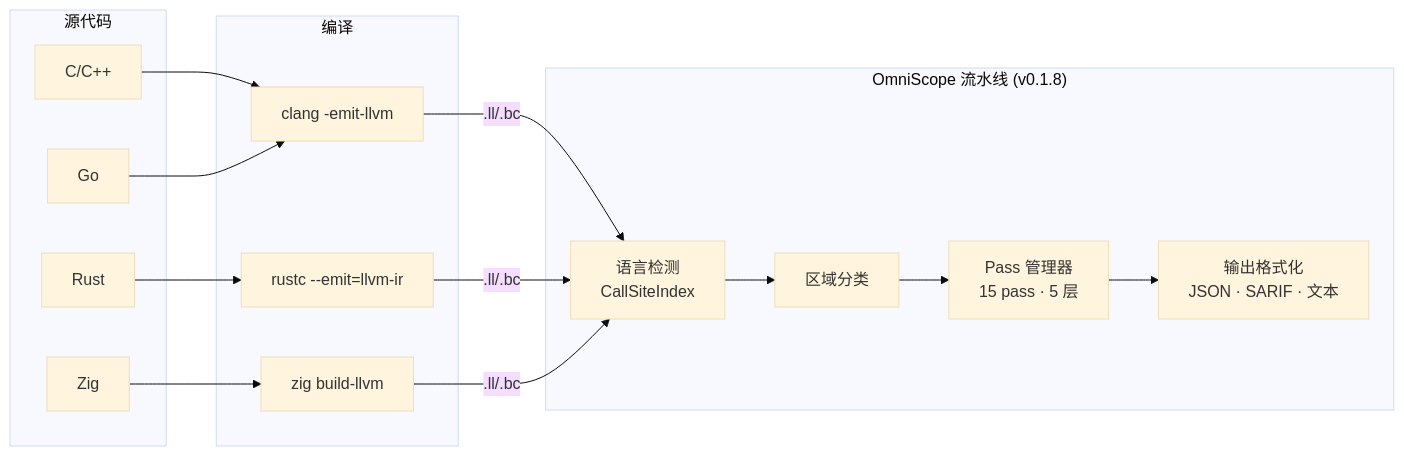
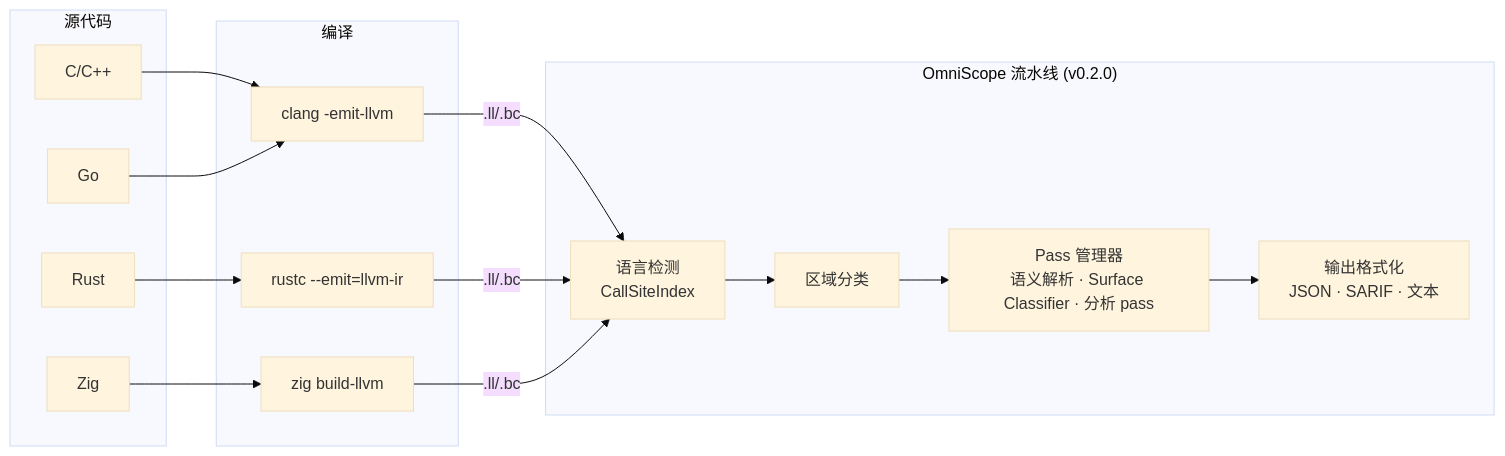
One commit to Timwood0x10/OmniScope changed the second of 3 diagrams in README_zh.md. Above: the diagram before and after it, drawn with Mermaid (base theme). The commit also changed other lines of this file and 18 other files, not shown here.

````diff
--- a/README_zh.md
+++ b/README_zh.md
@@ -146,28 +152,28 @@
 ```mermaid
 flowchart LR
     subgraph Source["源代码"]
         Rust[Rust]
         Cpp[C/C++]
         Zig[Zig]
         Go[Go]
     end
 
     subgraph Compile["编译"]
         C1[clang -emit-llvm]
         C2[rustc --emit=llvm-ir]
         C3[zig build-llvm]
     end
 
-    subgraph Pipeline["OmniScope 流水线 (v0.1.8)"]
+    subgraph Pipeline["OmniScope 流水线 (v0.2.0)"]
         Pre[语言检测<br/>CallSiteIndex]
         ZC[区域分类]
-        PM[Pass 管理器<br/>15 pass · 5 层]
+        PM[Pass 管理器<br/>语义解析 · Surface Classifier · 分析 pass]
         Out[输出格式化<br/>JSON · SARIF · 文本]
     end
 
     Rust --> C2
     Cpp --> C1
     Zig --> C3
     Go --> C1
     C1 & C2 & C3 --> |.ll/.bc| Pre --> ZC --> PM --> Out
 ```
````
